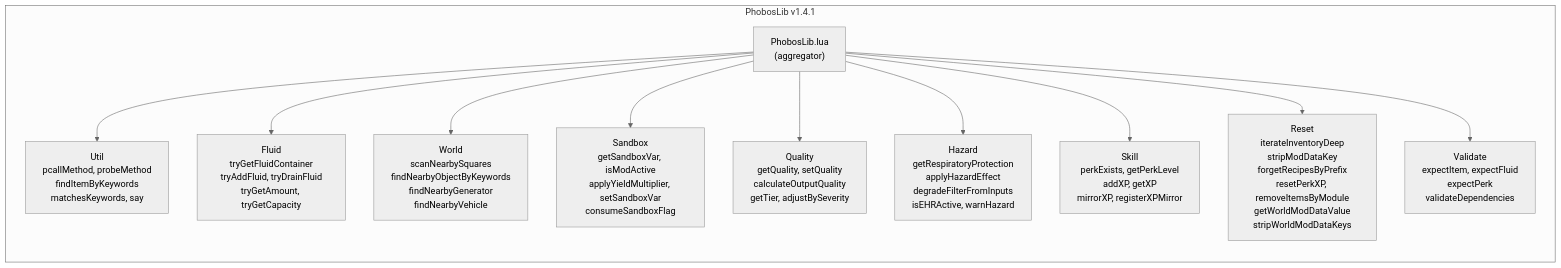
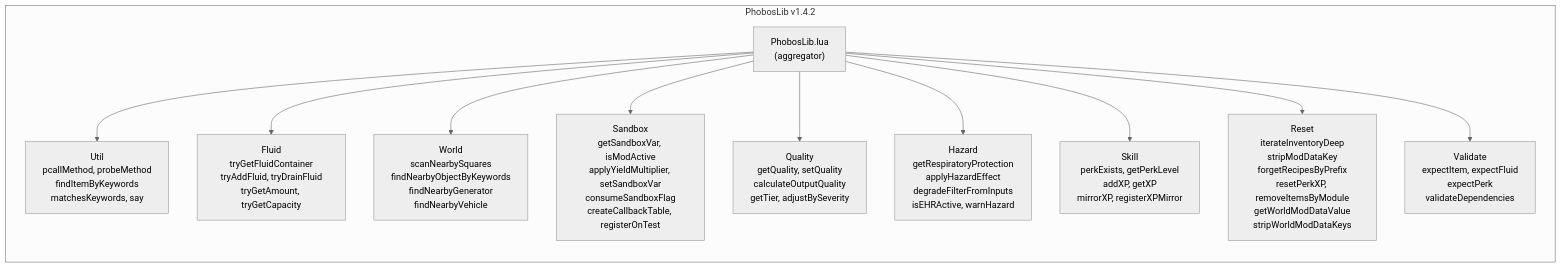
Before and after one commit to phobos-dthorga/mod-pz-phobos-lib: the diagram in docs/mermaid-src/phoboslib-modules.mmd, drawn with Mermaid (neutral theme). The commit also changed 7 other files, not shown here.

First line of the commit message:
feat: add createCallbackTable and registerOnTest for mod-owned callback tables

```diff
--- a/docs/mermaid-src/phoboslib-modules.mmd
+++ b/docs/mermaid-src/phoboslib-modules.mmd
@@ -1,32 +1,32 @@
 graph LR
-    subgraph LIB["PhobosLib v1.4.1"]
+    subgraph LIB["PhobosLib v1.4.2"]
         INIT["PhobosLib.lua<br/>(aggregator)"]
 
         UTIL["Util<br/>pcallMethod, probeMethod<br/>findItemByKeywords<br/>matchesKeywords, say"]
 
         FLUID["Fluid<br/>tryGetFluidContainer<br/>tryAddFluid, tryDrainFluid<br/>tryGetAmount, tryGetCapacity"]
 
         WORLD["World<br/>scanNearbySquares<br/>findNearbyObjectByKeywords<br/>findNearbyGenerator<br/>findNearbyVehicle"]
 
-        SANDBOX["Sandbox<br/>getSandboxVar, isModActive<br/>applyYieldMultiplier, setSandboxVar<br/>consumeSandboxFlag"]
+        SANDBOX["Sandbox<br/>getSandboxVar, isModActive<br/>applyYieldMultiplier, setSandboxVar<br/>consumeSandboxFlag<br/>createCallbackTable, registerOnTest"]
 
         QUALITY["Quality<br/>getQuality, setQuality<br/>calculateOutputQuality<br/>getTier, adjustBySeverity"]
 
         HAZ["Hazard<br/>getRespiratoryProtection<br/>applyHazardEffect<br/>degradeFilterFromInputs<br/>isEHRActive, warnHazard"]
 
         SKL["Skill<br/>perkExists, getPerkLevel<br/>addXP, getXP<br/>mirrorXP, registerXPMirror"]
 
         RST["Reset<br/>iterateInventoryDeep<br/>stripModDataKey<br/>forgetRecipesByPrefix<br/>resetPerkXP, removeItemsByModule<br/>getWorldModDataValue<br/>stripWorldModDataKeys"]
 
         VAL["Validate<br/>expectItem, expectFluid<br/>expectPerk<br/>validateDependencies"]
     end
 
     INIT --> UTIL
     INIT --> FLUID
     INIT --> WORLD
     INIT --> SANDBOX
     INIT --> QUALITY
     INIT --> HAZ
     INIT --> SKL
     INIT --> RST
     INIT --> VAL
```
